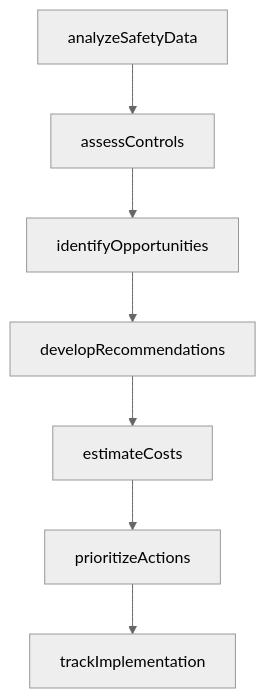
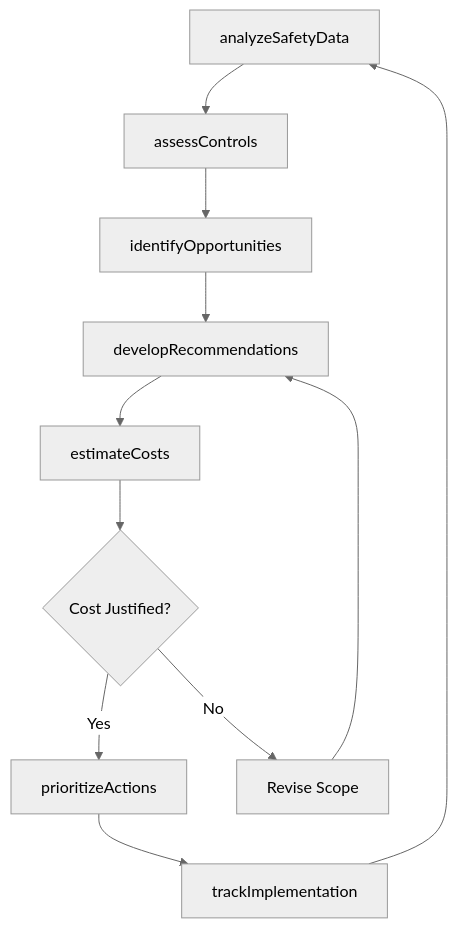
Before and after one commit to dot-org-ai/tasks.org.ai: the third of 4 diagrams in ProvidingConsultationAndAdviceToOthers/AdviseOthersOnWorkplaceHealthOrSafetyIssues/RecommendImprovementsIncreaseSafetyReduce.mdx, drawn with Mermaid (neutral theme). The commit also changed other lines of this file and 307 other files, not shown here.

First line of the commit message:
feat: Add ER diagrams and state diagrams to remaining 308 DWA task files (wave 3 complete)

````diff
--- a/ProvidingConsultationAndAdviceToOthers/AdviseOthersOnWorkplaceHealthOrSafetyIssues/RecommendImprovementsIncreaseSafetyReduce.mdx
+++ b/ProvidingConsultationAndAdviceToOthers/AdviseOthersOnWorkplaceHealthOrSafetyIssues/RecommendImprovementsIncreaseSafetyReduce.mdx
@@ -87,9 +114,13 @@
 ```mermaid
 graph TD
     A[analyzeSafetyData] --> B[assessControls]
     B --> C[identifyOpportunities]
     C --> D[developRecommendations]
     D --> E[estimateCosts]
-    E --> F[prioritizeActions]
-    F --> G[trackImplementation]
+    E --> F{Cost Justified?}
+    F -->|Yes| G[prioritizeActions]
+    F -->|No| H[Revise Scope]
+    H --> D
+    G --> I[trackImplementation]
+    I --> A
 ```
````
